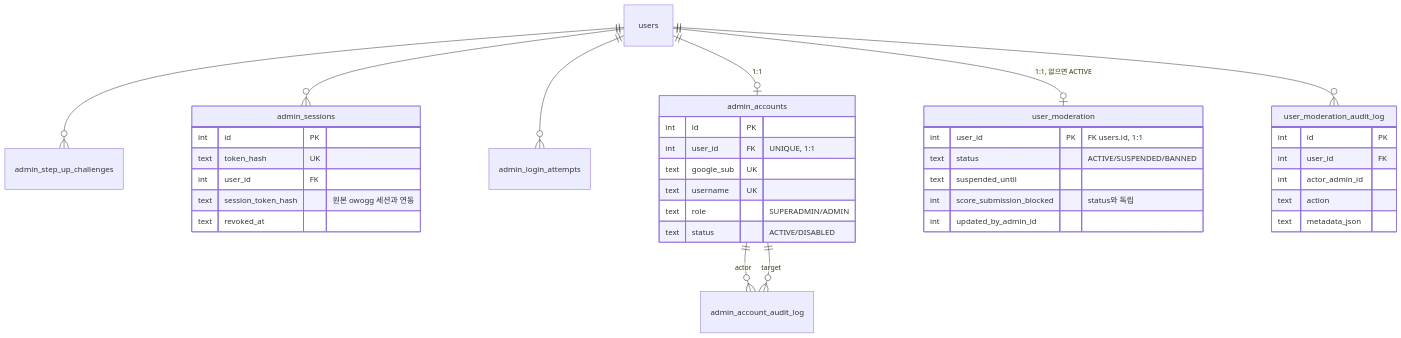
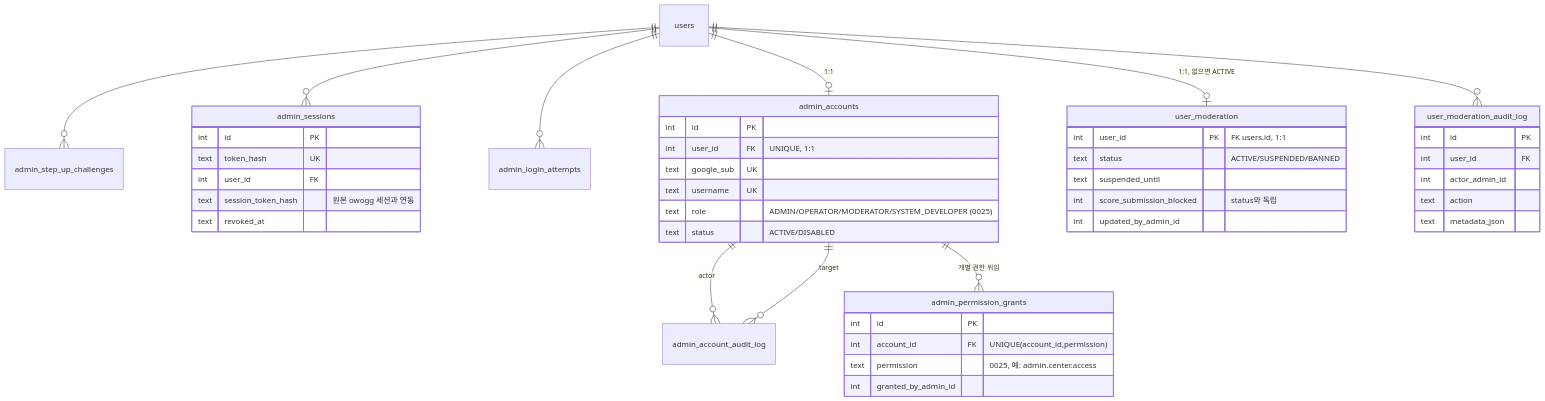
Before and after one commit to TaeyanG4/project-gamemoa: the fifth of 6 diagrams in docs/DATABASE.md, drawn with Mermaid. The commit also changed other lines of this file and 6 other files, not shown here.

````diff
--- a/docs/DATABASE.md
+++ b/docs/DATABASE.md
@@ -255,41 +258,48 @@
 ```mermaid
 erDiagram
     users ||--o{ admin_step_up_challenges : ""
     users ||--o{ admin_sessions : ""
     users ||--o{ admin_login_attempts : ""
     users ||--o| admin_accounts : "1:1"
     admin_accounts ||--o{ admin_account_audit_log : "actor"
     admin_accounts ||--o{ admin_account_audit_log : "target"
+    admin_accounts ||--o{ admin_permission_grants : "개별 권한 위임"
     users ||--o| user_moderation : "1:1, 없으면 ACTIVE"
     users ||--o{ user_moderation_audit_log : ""
 
     admin_accounts {
         int id PK
         int user_id FK "UNIQUE, 1:1"
         text google_sub UK
         text username UK
-        text role "SUPERADMIN/ADMIN"
+        text role "ADMIN/OPERATOR/MODERATOR/SYSTEM_DEVELOPER (0025)"
         text status "ACTIVE/DISABLED"
+    }
+    admin_permission_grants {
+        int id PK
+        int account_id FK "UNIQUE(account_id,permission)"
+        text permission "0025, 예: admin.center.access"
+        int granted_by_admin_id
     }
     admin_sessions {
         int id PK
         text token_hash UK
         int user_id FK
         text session_token_hash "원본 owogg 세션과 연동"
         text revoked_at
     }
     user_moderation {
         int user_id PK "FK users.id, 1:1"
         text status "ACTIVE/SUSPENDED/BANNED"
         text suspended_until
         int score_submission_blocked "status와 독립"
         int updated_by_admin_id
     }
     user_moderation_audit_log {
         int id PK
         int user_id FK
         int actor_admin_id
         text action
         text metadata_json
     }
 ```
````
